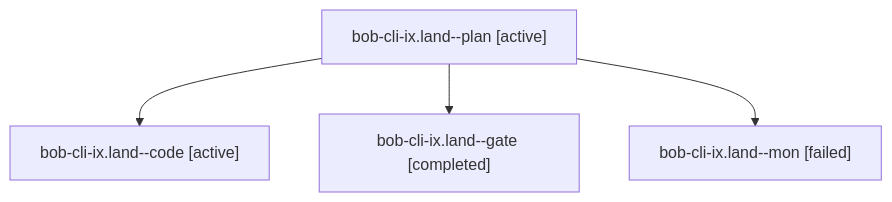
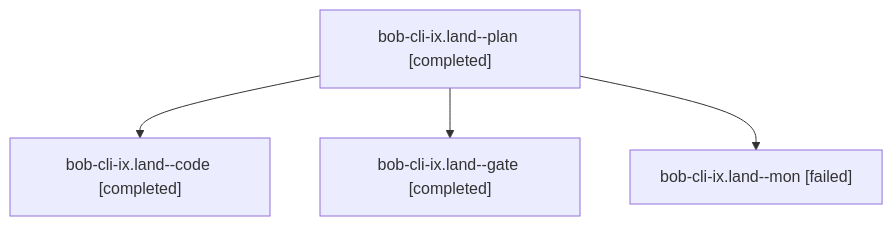
One commit to bobs-org/bob-cli--agents changed the diagram in sessions/bbugyi200.apollo.bob-cli-ix.land.md. Above: the diagram before and after it, drawn with Mermaid. The commit also changed other lines of this file and 937 other files, not shown here.

````diff
--- a/sessions/bbugyi200.apollo.bob-cli-ix.land.md
+++ b/sessions/bbugyi200.apollo.bob-cli-ix.land.md
@@ -9,10 +9,10 @@
 ```mermaid
 flowchart TD
-  n0["bob-cli-ix.land--plan [active]"]
-  n1["bob-cli-ix.land--code [active]"]
+  n0["bob-cli-ix.land--plan [completed]"]
+  n1["bob-cli-ix.land--code [completed]"]
   n0 --> n1
   n2["bob-cli-ix.land--gate [completed]"]
   n0 --> n2
   n3["bob-cli-ix.land--mon [failed]"]
   n0 --> n3
 ```
````
